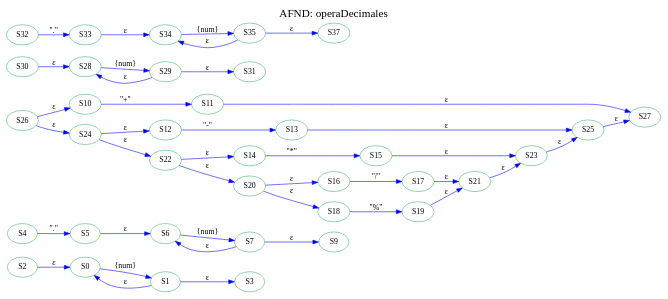
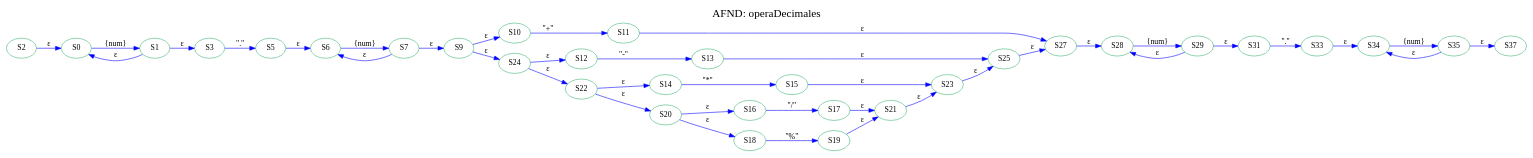
Before and after one commit to SelvinLP/-OLC1-PY1_201701133: the diagram in [OLC1]PY1_201701133/[OLC1]PY1_201701133/bin/Debug/AFNDoperaDecimales.dot, drawn with Graphviz. The commit also changed 16 other files, not shown here.

```diff
--- a/[OLC1]PY1_201701133/[OLC1]PY1_201701133/bin/Debug/AFNDoperaDecimales.dot
+++ b/[OLC1]PY1_201701133/[OLC1]PY1_201701133/bin/Debug/AFNDoperaDecimales.dot
@@ -1,81 +1,77 @@
 digraph AFD { 
 graph [label="AFND: operaDecimales", labelloc=t, fontsize=20];
 rankdir=LR;
 edge [color=blue];
 node [color = mediumseagreen];
 "S0"[ label=S0 ]
 "S1"[ label=S1 ]
 "S2"[ label=S2 ]
 "S3"[ label=S3 ]
-"S4"[ label=S4 ]
 "S5"[ label=S5 ]
 "S6"[ label=S6 ]
 "S7"[ label=S7 ]
 "S9"[ label=S9 ]
 "S10"[ label=S10 ]
 "S11"[ label=S11 ]
 "S12"[ label=S12 ]
 "S13"[ label=S13 ]
 "S14"[ label=S14 ]
 "S15"[ label=S15 ]
 "S16"[ label=S16 ]
 "S17"[ label=S17 ]
 "S18"[ label=S18 ]
 "S19"[ label=S19 ]
 "S20"[ label=S20 ]
 "S21"[ label=S21 ]
 "S22"[ label=S22 ]
 "S23"[ label=S23 ]
 "S24"[ label=S24 ]
 "S25"[ label=S25 ]
-"S26"[ label=S26 ]
 "S27"[ label=S27 ]
 "S28"[ label=S28 ]
 "S29"[ label=S29 ]
-"S30"[ label=S30 ]
 "S31"[ label=S31 ]
-"S32"[ label=S32 ]
 "S33"[ label=S33 ]
 "S34"[ label=S34 ]
 "S35"[ label=S35 ]
 "S0"->"S1"[label="{num}" ];
 "S2"->"S0"[label="ε" ];
 "S0"->"S1"[label="ε" ,dir=back];
 "S1"->"S3"[label="ε" ];
-"S4"->"S5"[label="\".\"" ];
+"S3"->"S5"[label="\".\"" ];
 "S6"->"S7"[label="{num}" ];
 "S5"->"S6"[label="ε" ];
 "S6"->"S7"[label="ε" ,dir=back];
 "S7"->"S9"[label="ε" ];
 "S10"->"S11"[label="\"+\"" ];
 "S12"->"S13"[label="\"-\"" ];
 "S14"->"S15"[label="\"*\"" ];
 "S16"->"S17"[label="\"/\"" ];
 "S18"->"S19"[label="\"%\"" ];
 "S20"->"S16"[label="ε" ];
 "S20"->"S18"[label="ε" ];
 "S17"->"S21"[label="ε" ];
 "S19"->"S21"[label="ε" ];
 "S22"->"S14"[label="ε" ];
 "S22"->"S20"[label="ε" ];
 "S15"->"S23"[label="ε" ];
 "S21"->"S23"[label="ε" ];
 "S24"->"S12"[label="ε" ];
 "S24"->"S22"[label="ε" ];
 "S13"->"S25"[label="ε" ];
 "S23"->"S25"[label="ε" ];
-"S26"->"S10"[label="ε" ];
-"S26"->"S24"[label="ε" ];
+"S9"->"S10"[label="ε" ];
+"S9"->"S24"[label="ε" ];
 "S11"->"S27"[label="ε" ];
 "S25"->"S27"[label="ε" ];
 "S28"->"S29"[label="{num}" ];
-"S30"->"S28"[label="ε" ];
+"S27"->"S28"[label="ε" ];
 "S28"->"S29"[label="ε" ,dir=back];
 "S29"->"S31"[label="ε" ];
-"S32"->"S33"[label="\".\"" ];
+"S31"->"S33"[label="\".\"" ];
 "S34"->"S35"[label="{num}" ];
 "S33"->"S34"[label="ε" ];
 "S34"->"S35"[label="ε" ,dir=back];
 "S35"->"S37"[label="ε" ];
 
 }
```
